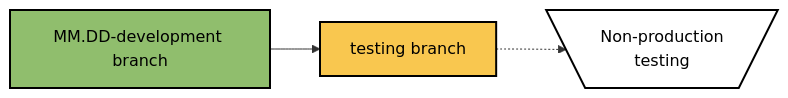
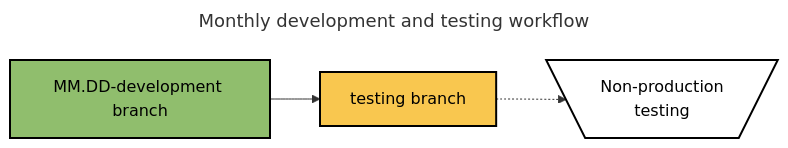
The first of 2 diagrams in README_development.md (spectrum-health-systems/Abatab), drawn with Mermaid before and after one commit. The commit also changed other lines of this file, not shown here.

````diff
--- a/README_development.md
+++ b/README_development.md
@@ -66,12 +75,15 @@
 ```mermaid
-graph LR
+---
+title: Monthly development and testing workflow
+---
+flowchart LR
   MonthlyBranch[MM.DD-development branch] --> TestingBranch[testing branch] -.-> NonProductionTesting[\Non-production\ntesting/]
 
   classDef PistachioBlackBlack fill:#90BE6D, color:#000000, stroke:#000000,stroke-width:2px
   classDef MaizeBlackBlack fill:#F9C74F, color:#000000, stroke:#000000,stroke-width:2px
   classDef WhiteBlackBlack fill:#FFFFFF, color:#000000, stroke:#000000,stroke-width:2px
   
   class MonthlyBranch PistachioBlackBlack
   class TestingBranch MaizeBlackBlack
   class NonProductionTesting WhiteBlackBlack
 ```
````
